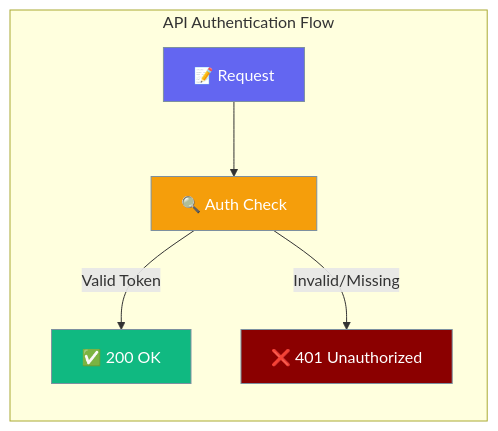
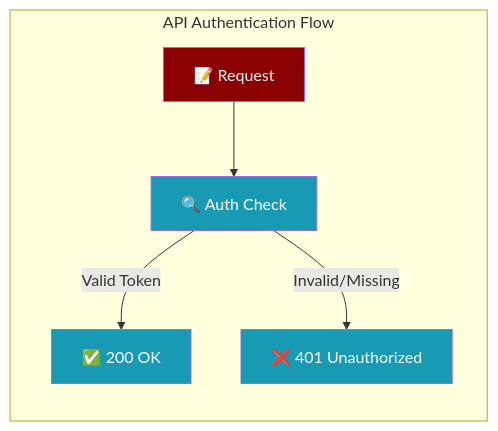
The first of 3 diagrams in docs/features/api-server-auth.mdx (MervinPraison/PraisonAIDocs), drawn with Mermaid before and after one commit. The commit also changed 24 other files, not shown here.

````diff
--- a/docs/features/api-server-auth.mdx
+++ b/docs/features/api-server-auth.mdx
@@ -10,18 +10,14 @@
 ```mermaid
 graph LR
     subgraph "API Authentication Flow"
         A[📝 Request] --> B[🔍 Auth Check]
         B -->|Valid Token| C[✅ 200 OK]
         B -->|Invalid/Missing| D[❌ 401 Unauthorized]
     end
     
-    classDef request fill:#6366F1,stroke:#7C90A0,color:#fff
-    classDef process fill:#F59E0B,stroke:#7C90A0,color:#fff
-    classDef success fill:#10B981,stroke:#7C90A0,color:#fff
-    classDef error fill:#8B0000,stroke:#7C90A0,color:#fff
+    classDef agent fill:#8B0000,color:#fff
+    classDef tool fill:#189AB4,color:#fff
     
-    class A request
-    class B process
-    class C success
-    class D error
+    class A agent
+    class B,C,D tool
 ```
````
